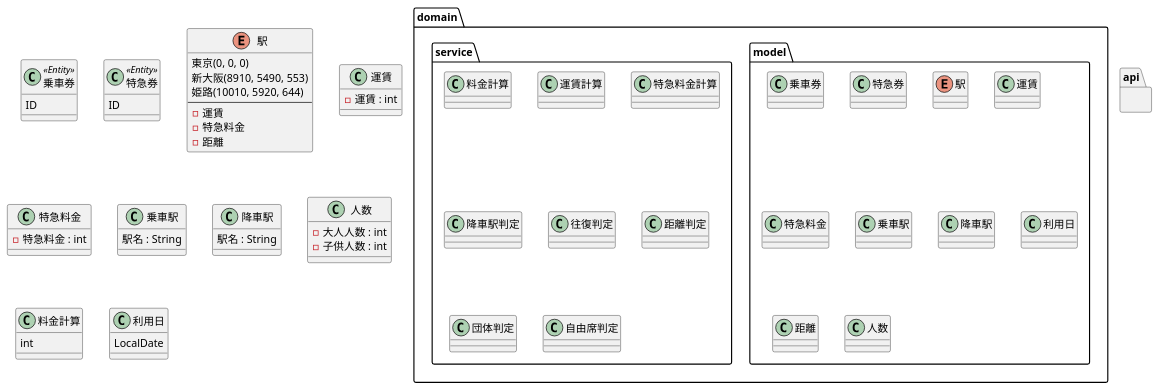
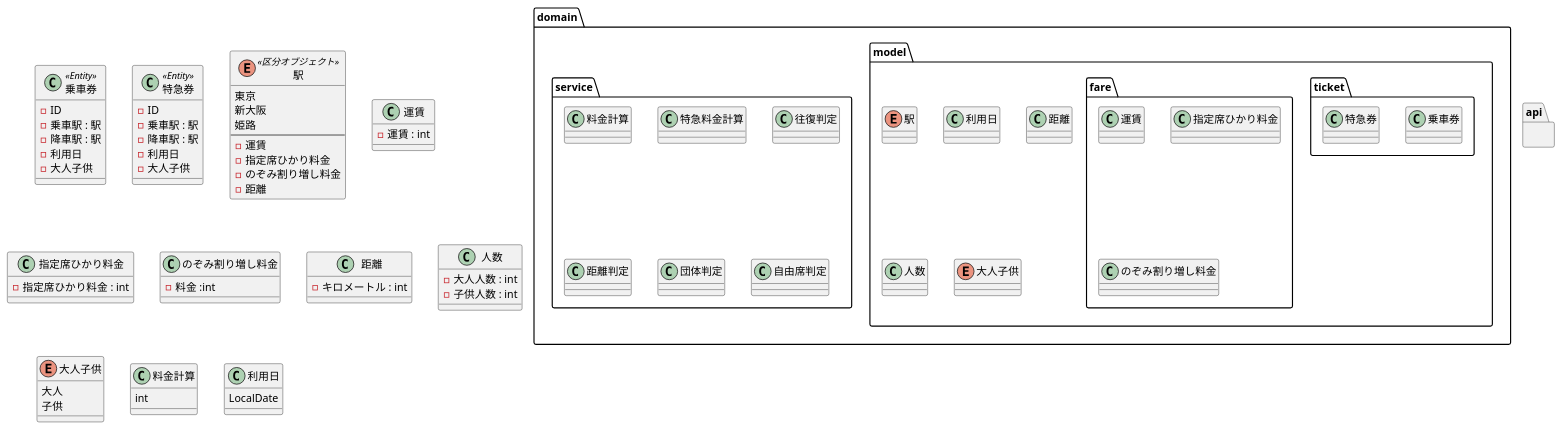
One commit to MiuraKotaro/jr-pricing changed the diagram in uml/class.puml. Above: the diagram before and after it, drawn with PlantUML. The commit also changed 1 other file, not shown here.

```diff
--- a/uml/class.puml
+++ b/uml/class.puml
@@ -1,72 +1,87 @@
 @startuml
 
 package domain {
     package model {
-        class 乗車券
-        class 特急券
 
         enum 駅
-        class 運賃
-        class 特急料金
-        class 乗車駅
-        class 降車駅
+        package ticket {
+            class 乗車券
+            class 特急券
+        }
+        package fare {
+            class 運賃
+            class 指定席ひかり料金
+            class のぞみ割り増し料金
+        }
         class 利用日
         class 距離
         class 人数
+        enum 大人子供
     }
 
     package service {
         class 料金計算
-        class 運賃計算
         class 特急料金計算
 
-        class 降車駅判定
         class 往復判定
         class 距離判定
         class 団体判定
         class 自由席判定
     }
 }
 
 package api {
 }
 
 class 乗車券 <<Entity>> {
-    ID
+    - ID
+    - 乗車駅 : 駅
+    - 降車駅 : 駅
+    - 利用日
+    - 大人子供
 }
 class 特急券 <<Entity>> {
-    ID
+    - ID
+    - 乗車駅 : 駅
+    - 降車駅 : 駅
+    - 利用日
+    - 大人子供
 }
-enum 駅 {
-    東京(0, 0, 0)
-    新大阪(8910, 5490, 553)
-    姫路(10010, 5920, 644)
+enum 駅 <<区分オブジェクト>> {
+    東京
+    新大阪
+    姫路
     --
     - 運賃
-    - 特急料金
+    - 指定席ひかり料金
+    - のぞみ割り増し料金
     - 距離
 }
 class 運賃 {
     - 運賃 : int
 }
-class 特急料金 {
-    - 特急料金 : int
+class 指定席ひかり料金 {
+    - 指定席ひかり料金 : int
 }
-class 乗車駅 {
-    駅名 : String
+class のぞみ割り増し料金 {
+    - 料金 :int
 }
-class 降車駅 {
-    駅名 : String
+class 距離 {
+    - キロメートル : int
 }
 class 人数 {
     - 大人人数 : int
     - 子供人数 : int
+}
+enum 大人子供 {
+    大人
+    子供
 }
 class 料金計算 {
     int
 }
 class 利用日 {
     LocalDate
 }
 
 @enduml
```
